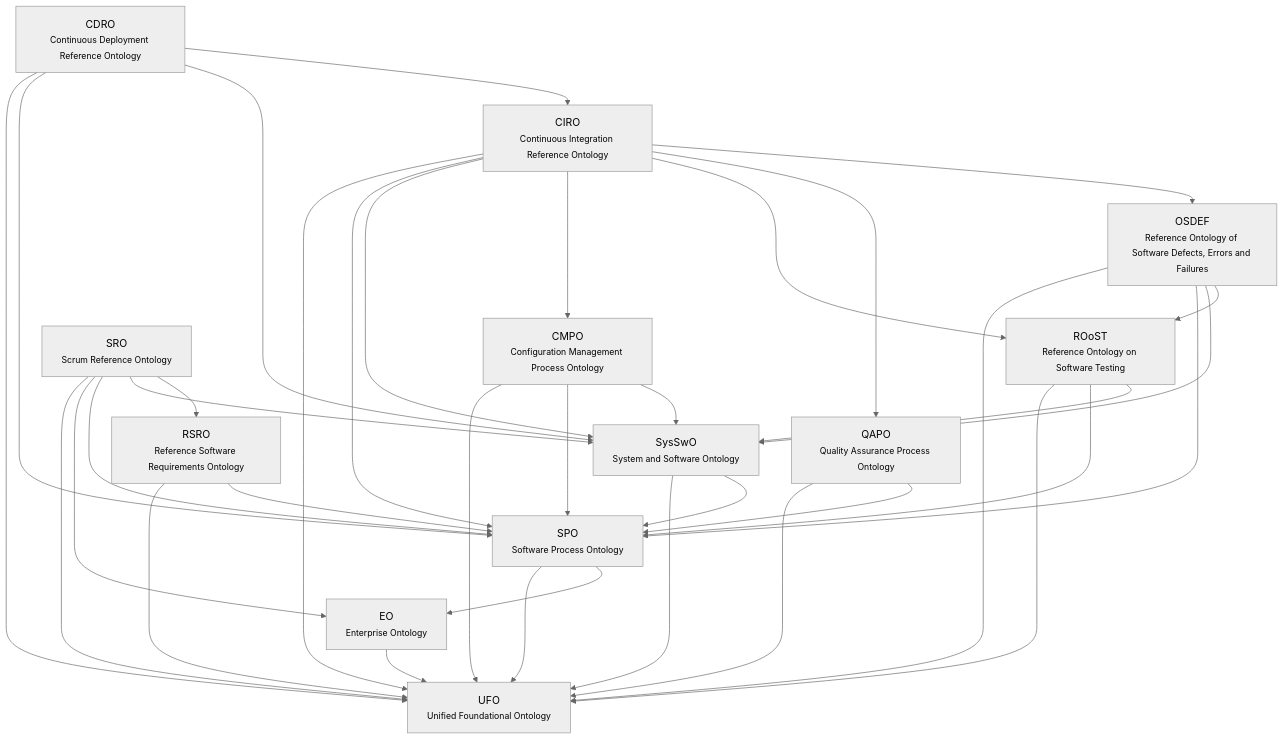
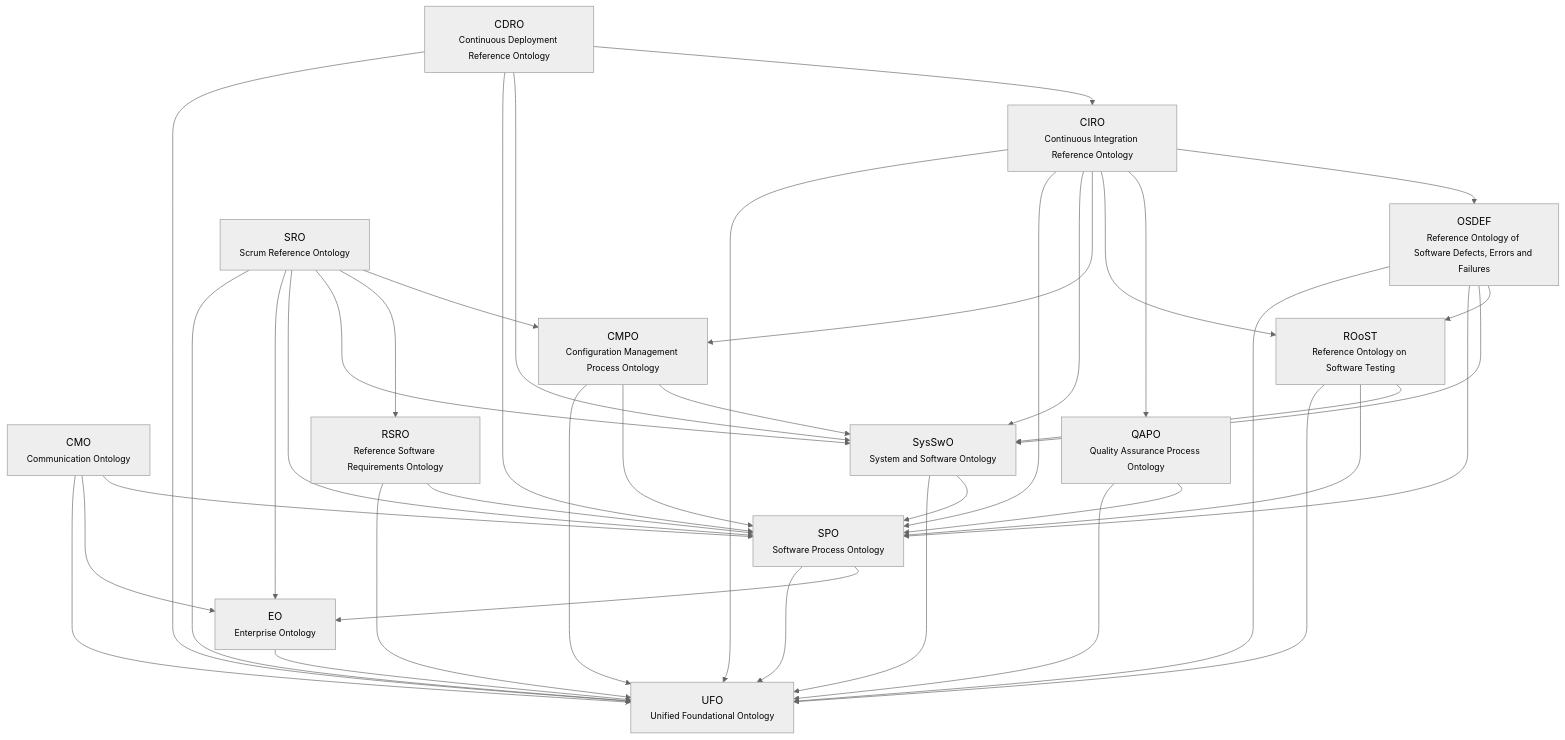
Before and after one commit to The-Band-Solution/theband: the diagram in docs/ontology/README.md, drawn with Mermaid (neutral theme). The commit also changed other lines of this file and 11 other files, not shown here.

````diff
--- a/docs/ontology/README.md
+++ b/docs/ontology/README.md
@@ -12,50 +12,55 @@
 ```mermaid
 graph TD
   cdro["CDRO<br/><small>Continuous Deployment Reference Ontology</small>"]
   ciro["CIRO<br/><small>Continuous Integration Reference Ontology</small>"]
+  cmo["CMO<br/><small>Communication Ontology</small>"]
   cmpo["CMPO<br/><small>Configuration Management Process Ontology</small>"]
   eo["EO<br/><small>Enterprise Ontology</small>"]
   osdef["OSDEF<br/><small>Reference Ontology of Software Defects, Errors and Failures</small>"]
   qapo["QAPO<br/><small>Quality Assurance Process Ontology</small>"]
   roost["ROoST<br/><small>Reference Ontology on Software Testing</small>"]
   rsro["RSRO<br/><small>Reference Software Requirements Ontology</small>"]
   spo["SPO<br/><small>Software Process Ontology</small>"]
   sro["SRO<br/><small>Scrum Reference Ontology</small>"]
   sys_swo["SysSwO<br/><small>System and Software Ontology</small>"]
   ufo["UFO<br/><small>Unified Foundational Ontology</small>"]
   cdro --> ufo
   cdro --> spo
   cdro --> sys_swo
   cdro --> ciro
   ciro --> ufo
   ciro --> spo
   ciro --> sys_swo
   ciro --> cmpo
   ciro --> roost
   ciro --> qapo
   ciro --> osdef
+  cmo --> ufo
+  cmo --> eo
+  cmo --> spo
   cmpo --> ufo
   cmpo --> spo
   cmpo --> sys_swo
   eo --> ufo
   osdef --> ufo
   osdef --> spo
   osdef --> sys_swo
   osdef --> roost
   qapo --> ufo
   qapo --> spo
   roost --> ufo
   roost --> spo
   roost --> sys_swo
   rsro --> ufo
   rsro --> spo
   spo --> ufo
   spo --> eo
   sro --> ufo
   sro --> eo
   sro --> spo
   sro --> sys_swo
   sro --> rsro
+  sro --> cmpo
   sys_swo --> ufo
   sys_swo --> spo
 ```
````
